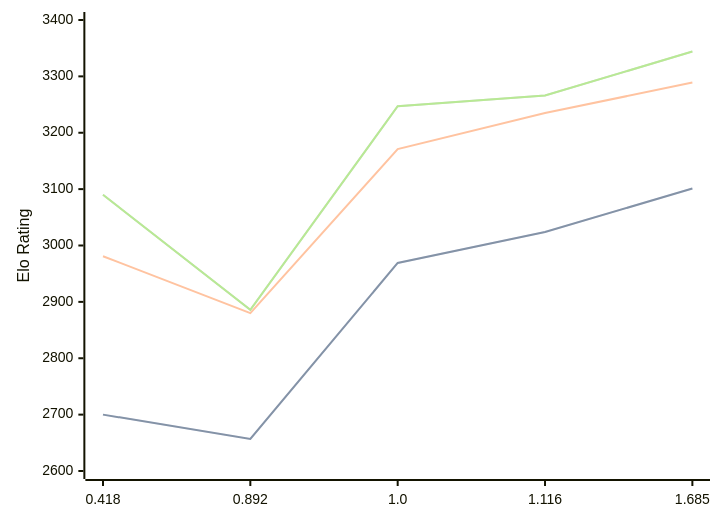
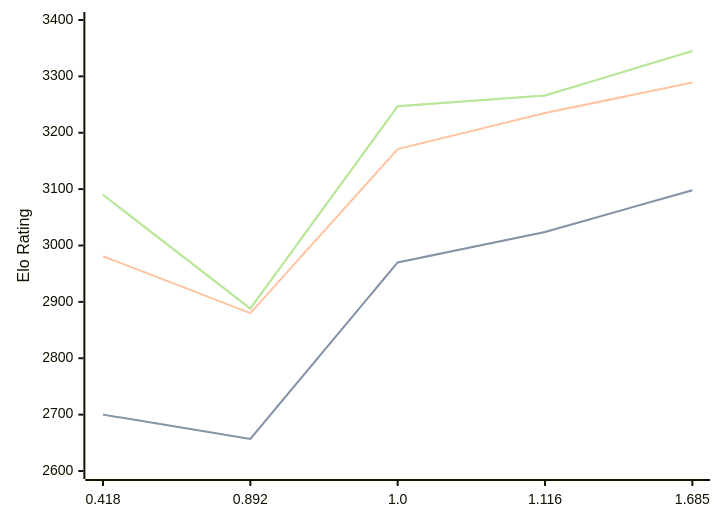
One commit to computer-chess-index/cci changed the diagram in engines/Malika.md. Above: the diagram before and after it, drawn with Mermaid. The commit also changed other lines of this file, not shown here.

Commit message:
Update CCI Ratings (ELO VLTC) - 2026-07-30

````diff
--- a/engines/Malika.md
+++ b/engines/Malika.md
@@ -35,11 +35,11 @@
 ```mermaid
 %%{init: {"theme":"base","themeVariables":{"seriesColors:['#a3a3a3','#222221','#faa371']}}}%%
 xychart-beta
   x-axis ["0.418", "0.892", "1.0", "1.116", "1.685"]
   y-axis "Elo Rating" 2600 --> 3400
-  line "STC (8.0+0.08s)" [2700, 2657, 2969, 3024, 3101]
-  line "STC (8.0+0.08s)" [2700, 2657, 2969, 3024, 3101]
+  line "STC (8.0+0.08s)" [2700, 2657, 2970, 3024, 3098]
+  line "STC (8.0+0.08s)" [2700, 2657, 2970, 3024, 3098]
   line "LTC (60.0+0.60s)" [2981, 2880, 3171, 3235, 3289]
-  line "VLTC (2m24s+1.12s)" [3090, 2886, 3247, 3266, 3344]
-  line "VLTC (2m24s+1.12s)" [3090, 2886, 3247, 3266, 3344]
+  line "VLTC (2m24s+1.12s)" [3090, 2888, 3247, 3266, 3345]
+  line "VLTC (2m24s+1.12s)" [3090, 2888, 3247, 3266, 3345]
 ```
````
